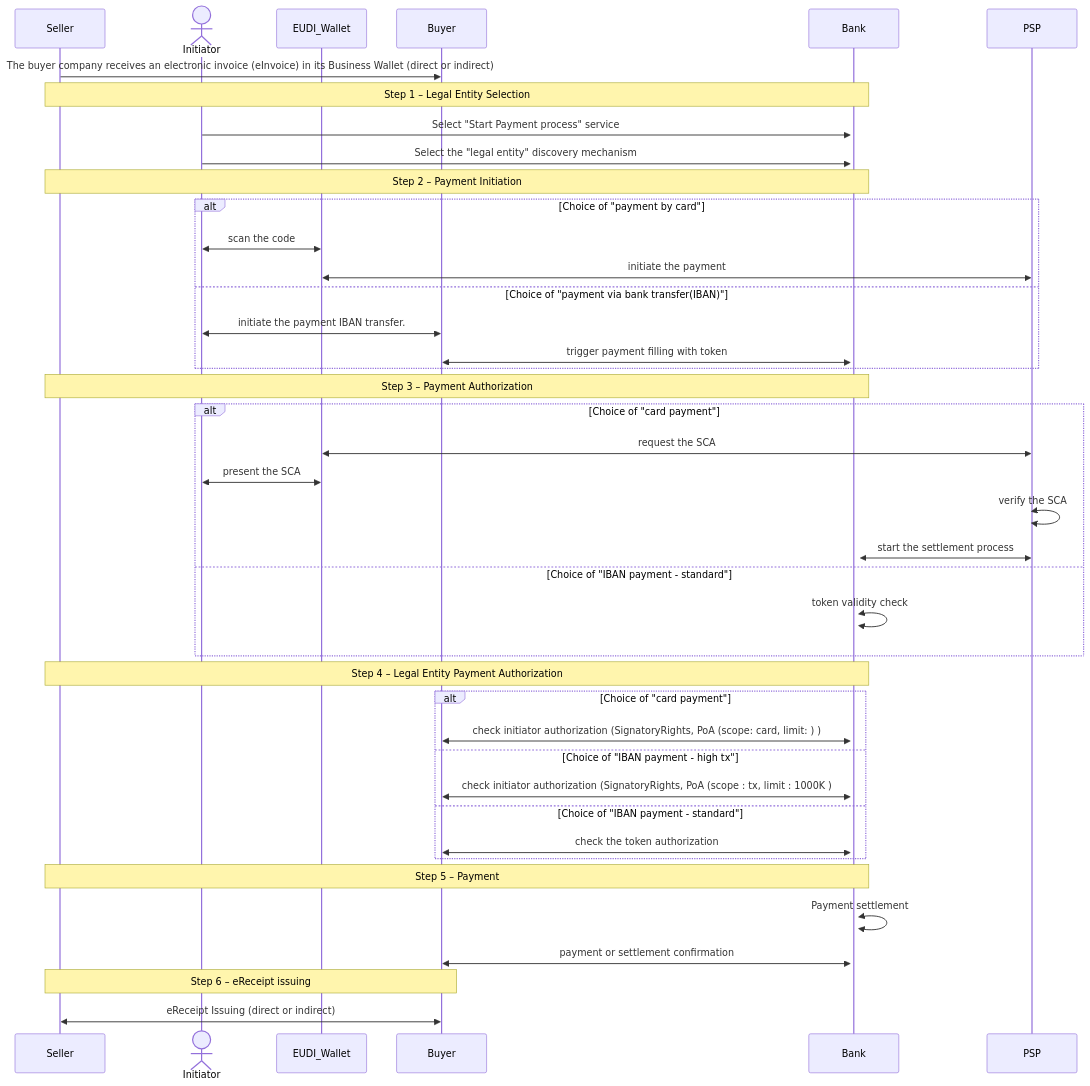
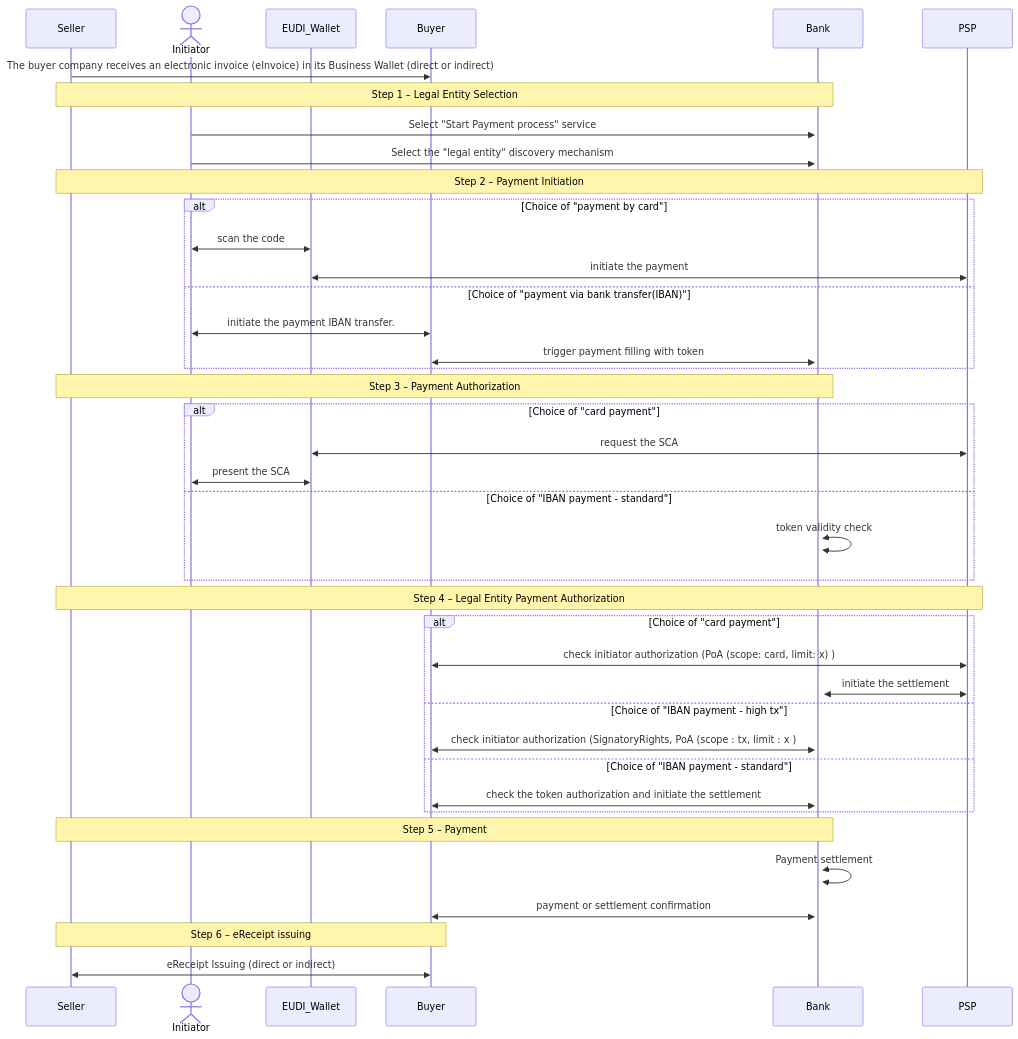
Before and after one commit to flo0x/wp3-technology-standards: the third of 3 diagrams in PA4/README_MVP.md, drawn with Mermaid.

Commit message:
PA4 changes (PSP inclusion)

````diff
--- a/PA4/README_MVP.md
+++ b/PA4/README_MVP.md
@@ -85,67 +85,66 @@
 ```mermaid
 sequenceDiagram
 participant Seller as Seller
 actor Initiator
 participant EUDI_Wallet  as EUDI_Wallet
 participant Buyer  as Buyer
 participant Bank as Bank
 participant PSP  as PSP
 
     Seller ->> Buyer : The buyer company receives an electronic invoice (eInvoice) in its Business Wallet (direct or indirect)
     %% ──────────────────────────────────────────────
     %% STEP 1 – Legal Entity Selection
     %% ──────────────────────────────────────────────
     note over Seller, Bank  : Step 1  – Legal Entity Selection
     Initiator ->>+ Bank : Select "Start Payment process" service
     Initiator ->>+ Bank : Select the "legal entity" discovery mechanism 
  
     %% ──────────────────────────────────────────────
     %% STEP 2 – Payment Initiation 
     %% ──────────────────────────────────────────────
-    note over Seller, Bank  : Step 2  – Payment Initiation
+    note over Seller, PSP  : Step 2  – Payment Initiation
     alt Choice of "payment by card"
         Initiator <<->> EUDI_Wallet : scan the code 
         EUDI_Wallet <<->> PSP: initiate the payment 
     else Choice of "payment via bank transfer(IBAN)"
         Initiator <<->> Buyer : initiate the payment IBAN transfer.
         Buyer <<->> Bank : trigger payment filling with token 
     end
     
     %% ──────────────────────────────────────────────
     %% STEP 3 – Payment Authorization  
     %% ──────────────────────────────────────────────
     note over Seller, Bank  : Step 3 – Payment Authorization
     alt Choice of "card payment"
         PSP <<->> EUDI_Wallet: request the SCA
         Initiator <<->> EUDI_Wallet : present the SCA
-        PSP <<->> PSP : verify the SCA 
-        PSP <<->> Bank : start the settlement process 
     else Choice of "IBAN payment - standard"
         Bank <<->> Bank  : token validity check    
     end
 
     %% ──────────────────────────────────────────────
     %% STEP 4 –  Legal Entity - Payment Authorization 
     %% ──────────────────────────────────────────────
-    note over Seller, Bank  : Step 4 – Legal Entity Payment Authorization
+    note over Seller,  PSP  : Step 4 – Legal Entity Payment Authorization
     alt Choice of "card payment"
-        Bank <<->> Buyer : check initiator authorization (SignatoryRights, PoA (scope: card, limit:  ) )   
+        PSP <<->> Buyer : check initiator authorization  (PoA (scope: card, limit:  x) ) 
+        PSP <<->> Bank : initiate the settlement  
     else Choice of "IBAN payment - high tx"
-        Bank <<->> Buyer : check initiator authorization (SignatoryRights, PoA (scope : tx, limit : 1000K  )
+        Bank <<->> Buyer : check initiator authorization (SignatoryRights, PoA (scope : tx, limit : x  )
     else Choice of "IBAN payment - standard"
-        Bank <<->> Buyer : check the token authorization
+        Bank <<->> Buyer : check the token authorization and initiate the settlement
     end
 
     %% ──────────────────────────────────────────────
     %% STEP 5 – Payment Settlement  
     %% ──────────────────────────────────────────────
     note over Seller, Bank  : Step 5 – Payment 
     Bank <<->> Bank : Payment settlement  
     Bank <<->> Buyer: payment or settlement confirmation  
 
     %% ──────────────────────────────────────────────
     %% STEP 6 – eReceipt
     %% ──────────────────────────────────────────────
     note over Seller, Buyer  : Step 6 – eReceipt issuing 
     Buyer <<->> Seller : eReceipt Issuing (direct or indirect)   
 ```
````
